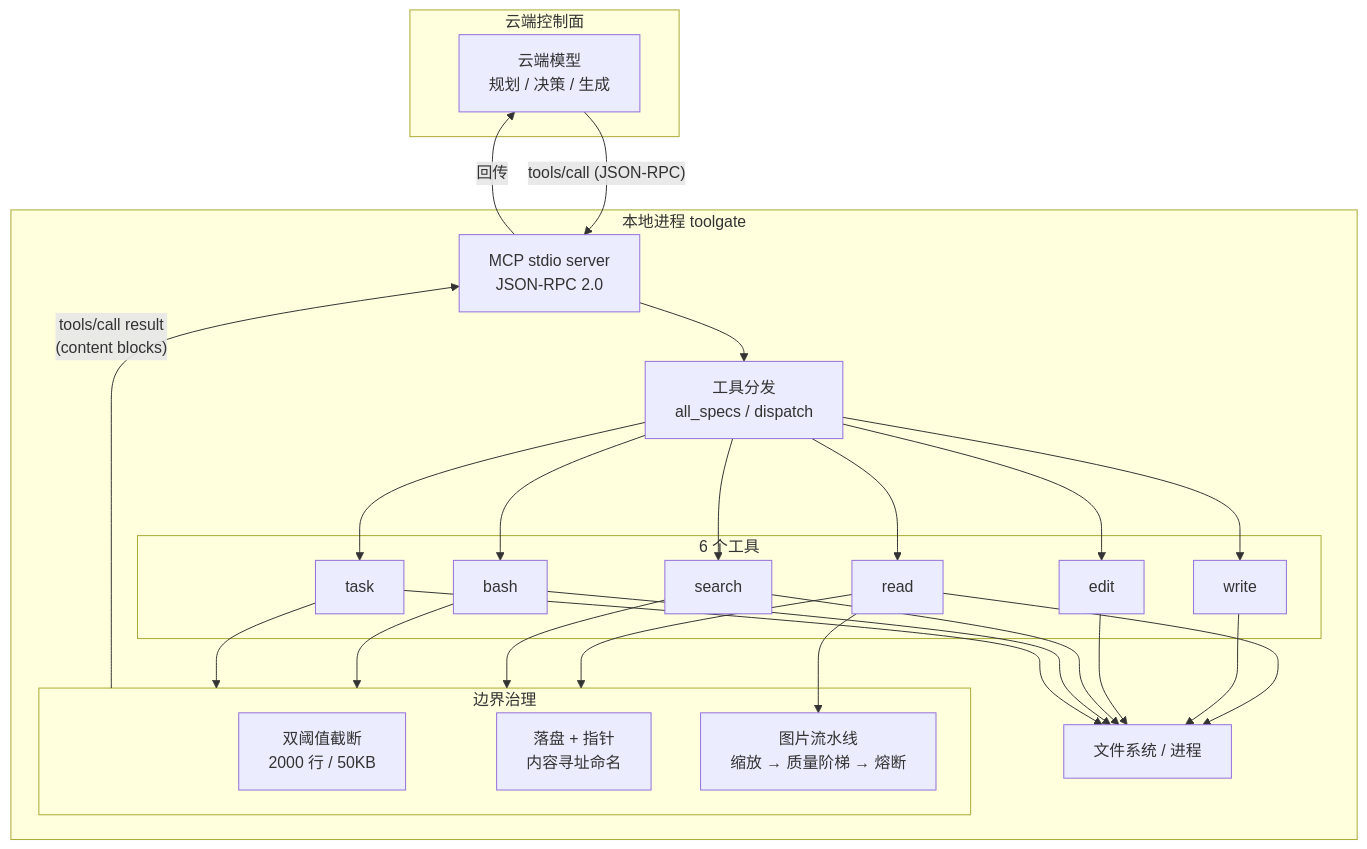
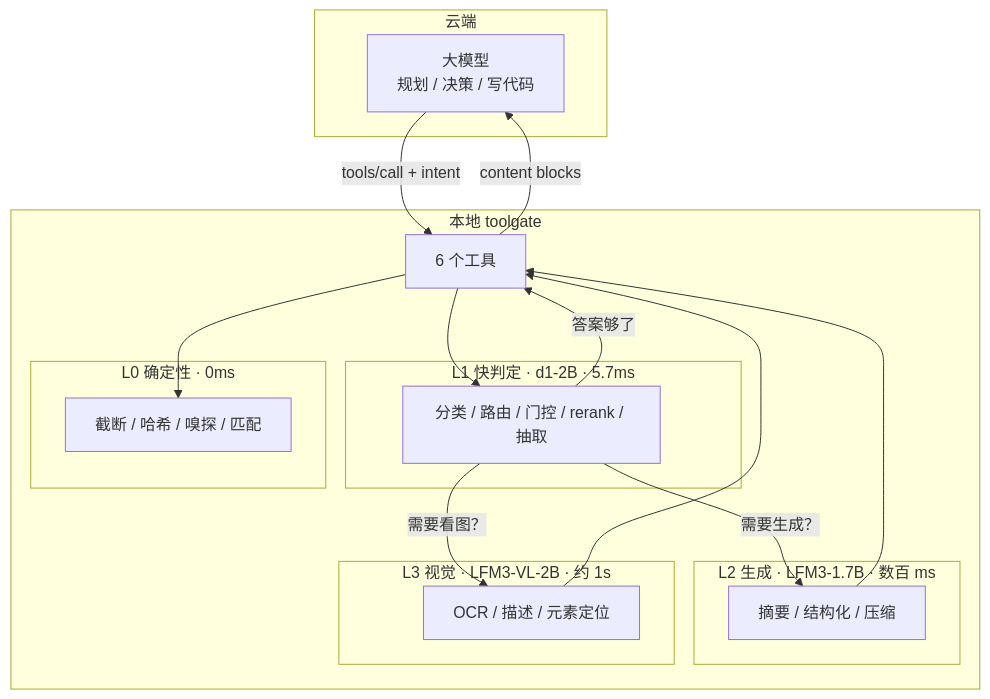
Before and after one commit to lws2004/toolgate: the diagram in docs/architecture.md, drawn with Mermaid. The commit also changed other lines of this file and 3 other files, not shown here.

````diff
--- a/docs/architecture.md
+++ b/docs/architecture.md
@@ -174,37 +80,32 @@
 ```mermaid
 flowchart TD
-    subgraph Cloud["云端控制面"]
-        LLM["云端模型<br/>规划 / 决策 / 生成"]
+    subgraph Cloud["云端"]
+        LLM["大模型<br/>规划 / 决策 / 写代码"]
     end
 
-    subgraph Local["本地进程 toolgate"]
-        MCP["MCP stdio server<br/>JSON-RPC 2.0"]
-        Dispatch["工具分发<br/>all_specs / dispatch"]
-
-        subgraph Tools["6 个工具"]
-            T1["read"]
-            T2["write"]
-            T3["edit"]
-            T4["search"]
-            T5["bash"]
-            T6["task"]
+    subgraph Local["本地 toolgate"]
+        subgraph L1["L1 快判定 · d1-2B · 5.7ms"]
+            D1["分类 / 路由 / 门控 / rerank / 抽取"]
         end
-
-        subgraph Governance["边界治理"]
-            Trunc["双阈值截断<br/>2000 行 / 50KB"]
-            Spill["落盘 + 指针<br/>内容寻址命名"]
-            Img["图片流水线<br/>缩放 → 质量阶梯 → 熔断"]
+        subgraph L2["L2 生成 · LFM3-1.7B · 数百 ms"]
+            LFM["摘要 / 结构化 / 压缩"]
         end
-
-        FS["文件系统 / 进程"]
+        subgraph L3["L3 视觉 · LFM3-VL-2B · 约 1s"]
+            VL["OCR / 描述 / 元素定位"]
+        end
+        subgraph L0["L0 确定性 · 0ms"]
+            DET["截断 / 哈希 / 嗅探 / 匹配"]
+        end
+        Tools["6 个工具"]
     end
 
-    LLM -- "tools/call (JSON-RPC)" --> MCP
-    MCP --> Dispatch
-    Dispatch --> T1 & T2 & T3 & T4 & T5 & T6
-    T1 & T4 & T5 & T6 --> Governance
-    T1 --> Img
-    T1 & T2 & T3 & T4 & T5 & T6 --> FS
-    Governance -- "tools/call result<br/>(content blocks)" --> MCP
-    MCP -- "回传" --> LLM
+    LLM -- "tools/call + intent" --> Tools
+    Tools --> DET
+    Tools --> D1
+    D1 -- "需要生成？" --> LFM
+    D1 -- "需要看图？" --> VL
+    D1 -- "答案够了" --> Tools
+    LFM --> Tools
+    VL --> Tools
+    Tools -- "content blocks" --> LLM
 ```
````
